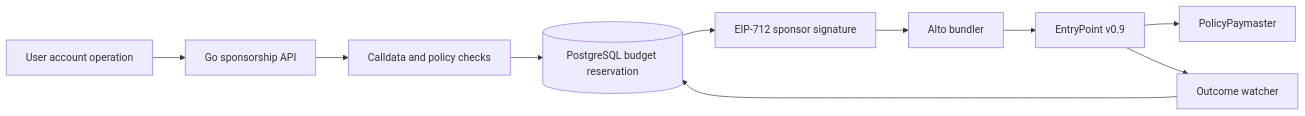
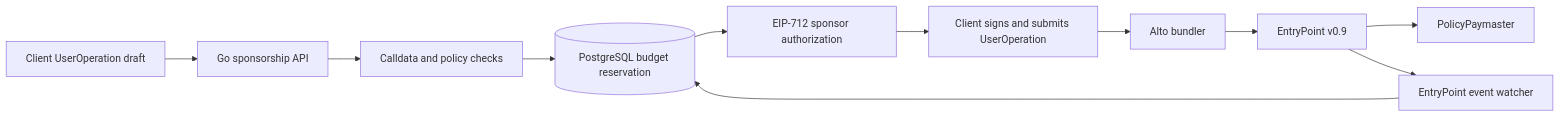
One commit to demo-lenoir/Gasless-Policy-Engine changed the diagram in README.md. Above: the diagram before and after it, drawn with Mermaid. The commit also changed other lines of this file and 5 other files, not shown here.

Commit message:
Clarify sponsorship flow and restore dependencies in CI

````diff
--- a/README.md
+++ b/README.md
@@ -9,12 +9,13 @@
 ```mermaid
 flowchart LR
-  U[User account operation] --> API[Go sponsorship API]
+  U[Client UserOperation draft] --> API[Go sponsorship API]
   API --> P[Calldata and policy checks]
   P --> DB[(PostgreSQL budget reservation)]
-  DB --> S[EIP-712 sponsor signature]
-  S --> B[Alto bundler]
+  DB --> S[EIP-712 sponsor authorization]
+  S --> C[Client signs and submits UserOperation]
+  C --> B[Alto bundler]
   B --> E[EntryPoint v0.9]
   E --> PM[PolicyPaymaster]
-  E --> W[Outcome watcher]
+  E --> W[EntryPoint event watcher]
   W --> DB
 ```
````
